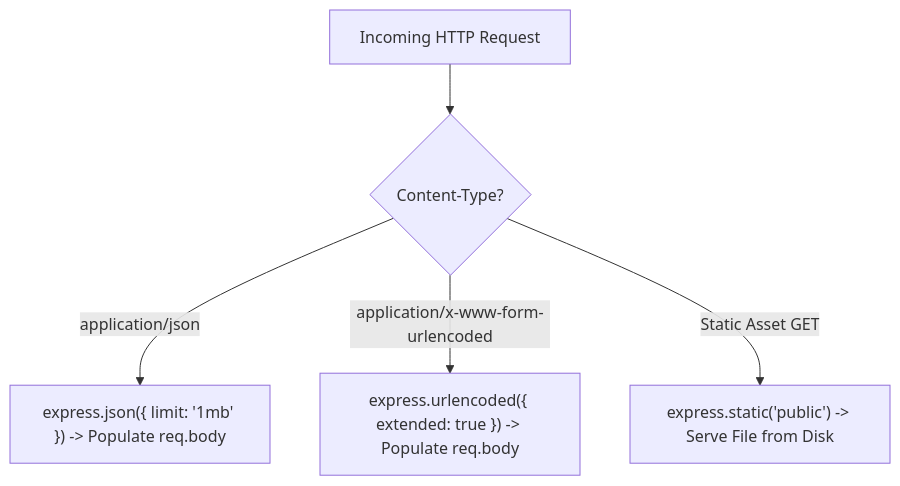
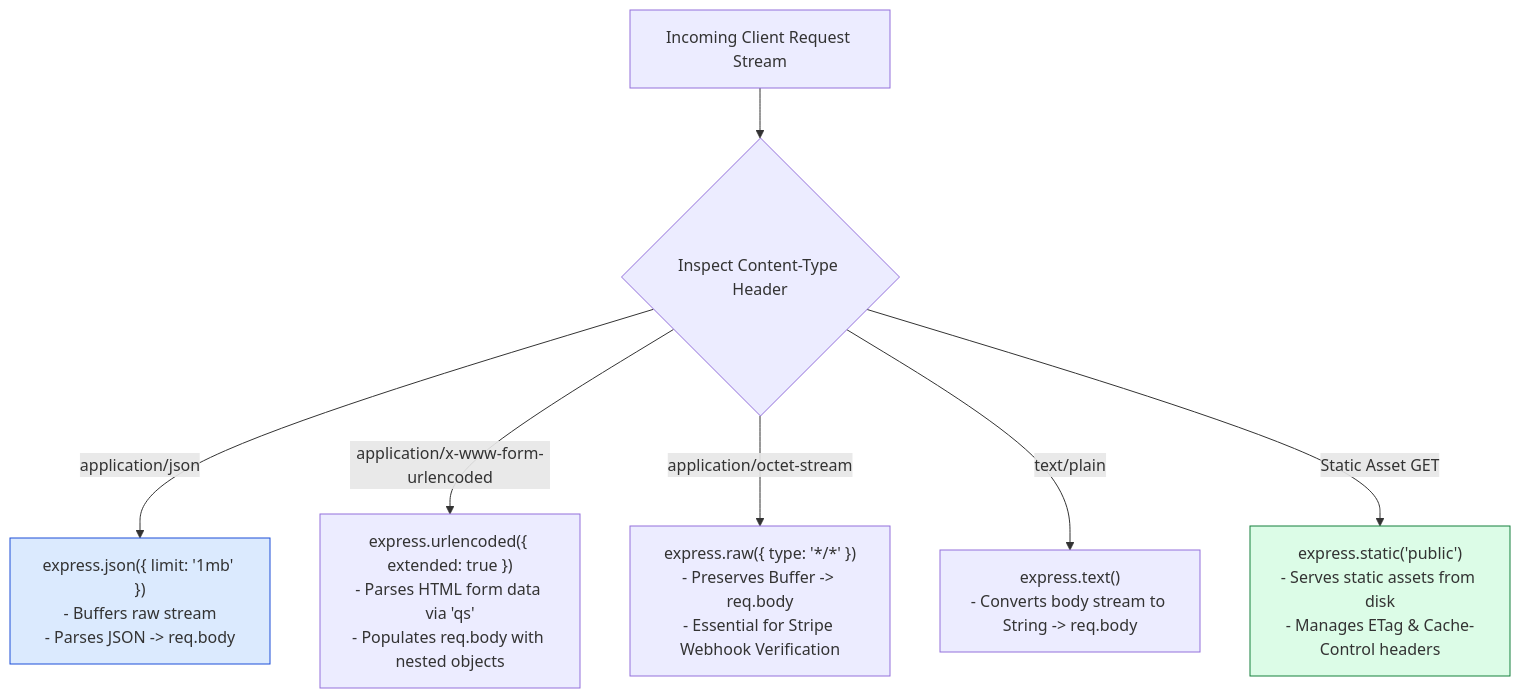
The first of 3 diagrams in express-notes/05-built-in-middleware.md (Amie-dev/engineering-playbook), drawn with Mermaid before and after one commit. The commit also changed other lines of this file and 26 other files, not shown here.

````diff
--- a/express-notes/05-built-in-middleware.md
+++ b/express-notes/05-built-in-middleware.md
@@ -10,7 +13,13 @@
 ```mermaid
 flowchart TD
-    Req[Incoming HTTP Request] --> TypeCheck{Content-Type?}
-    TypeCheck -- "application/json" --> JSONParser["express.json({ limit: '1mb' }) -> Populate req.body"]
-    TypeCheck -- "application/x-www-form-urlencoded" --> FormParser["express.urlencoded({ extended: true }) -> Populate req.body"]
-    TypeCheck -- "Static Asset GET" --> StaticServer["express.static('public') -> Serve File from Disk"]
+    ClientReq[Incoming Client Request Stream] --> CheckHeader{Inspect Content-Type Header}
+
+    CheckHeader -- "application/json" --> JSONParser["express.json({ limit: '1mb' })<br/>- Buffers raw stream<br/>- Parses JSON -> req.body"]
+    CheckHeader -- "application/x-www-form-urlencoded" --> URLParser["express.urlencoded({ extended: true })<br/>- Parses HTML form data via 'qs'<br/>- Populates req.body with nested objects"]
+    CheckHeader -- "application/octet-stream" --> RawParser["express.raw({ type: '*/*' })<br/>- Preserves Buffer -> req.body<br/>- Essential for Stripe Webhook Verification"]
+    CheckHeader -- "text/plain" --> TextParser["express.text()<br/>- Converts body stream to String -> req.body"]
+    CheckHeader -- "Static Asset GET" --> StaticServer["express.static('public')<br/>- Serves static assets from disk<br/>- Manages ETag & Cache-Control headers"]
+
+    style JSONParser fill:#dbeafe,stroke:#1d4ed8
+    style StaticServer fill:#dcfce7,stroke:#15803d
 ```
````
